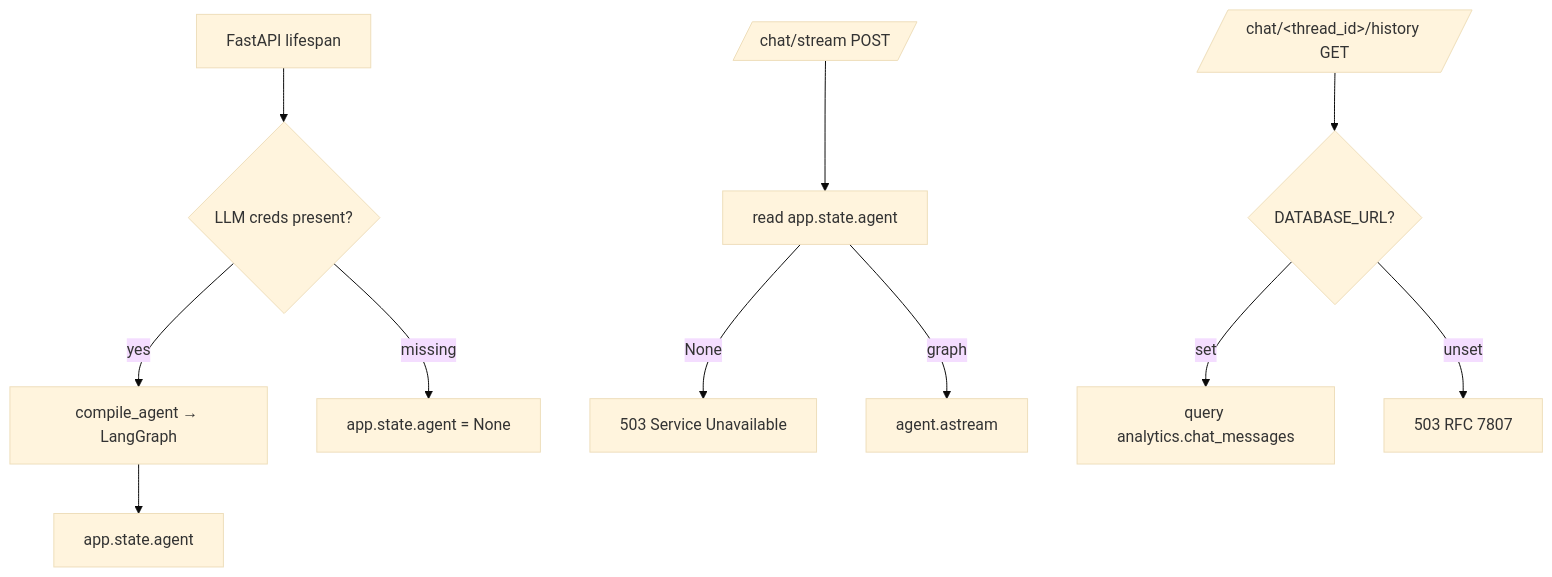
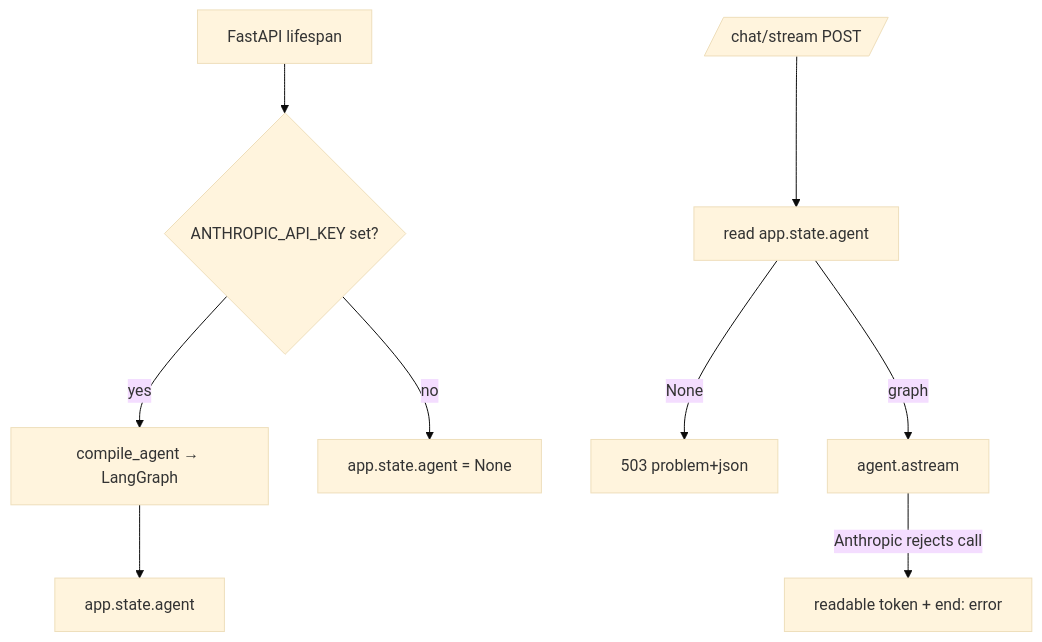
Before and after one commit to hcslomeu/tfl-monitor: the second of 2 diagrams in docs/pipelines/agent.md, drawn with Mermaid (base theme). The commit also changed other lines of this file and 140 other files, not shown here.

````diff
--- a/docs/pipelines/agent.md
+++ b/docs/pipelines/agent.md
@@ -84,15 +65,12 @@
 ```mermaid
 flowchart TB
-    boot[FastAPI lifespan] --> check{LLM creds present?}
+    boot[FastAPI lifespan] --> check{ANTHROPIC_API_KEY set?}
     check -->|yes| compile[compile_agent → LangGraph]
     compile --> cache[app.state.agent]
-    check -->|missing| none[app.state.agent = None]
+    check -->|no| none[app.state.agent = None]
 
     req[/chat/stream POST/] --> read[read app.state.agent]
-    read -->|None| err503[503 Service Unavailable]
+    read -->|None| err503[503 problem+json]
     read -->|graph| stream[agent.astream]
-
-    histreq[/chat/&lt;thread_id&gt;/history GET/] --> dburl{DATABASE_URL?}
-    dburl -->|set| q[query analytics.chat_messages]
-    dburl -->|unset| err503h[503 RFC 7807]
+    stream -->|Anthropic rejects call| msg[readable token + end: error]
 ```
````
